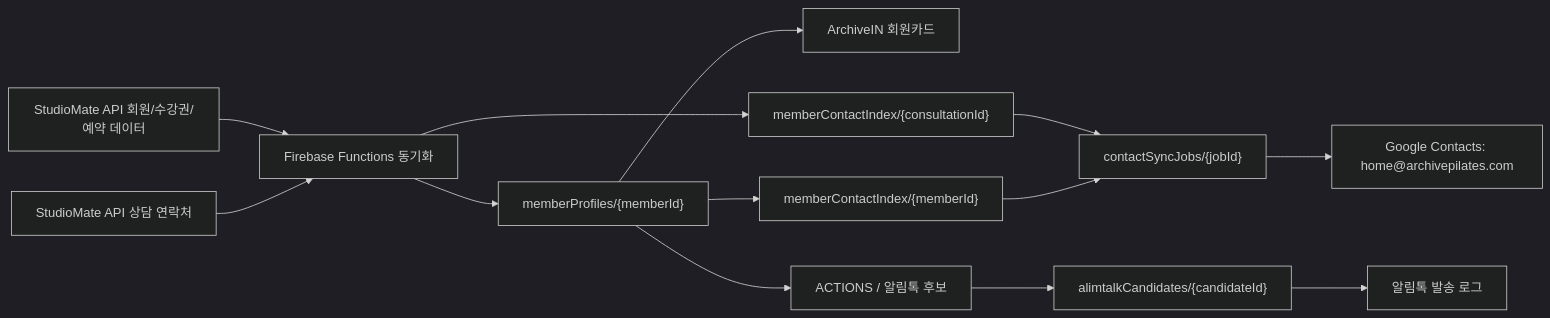
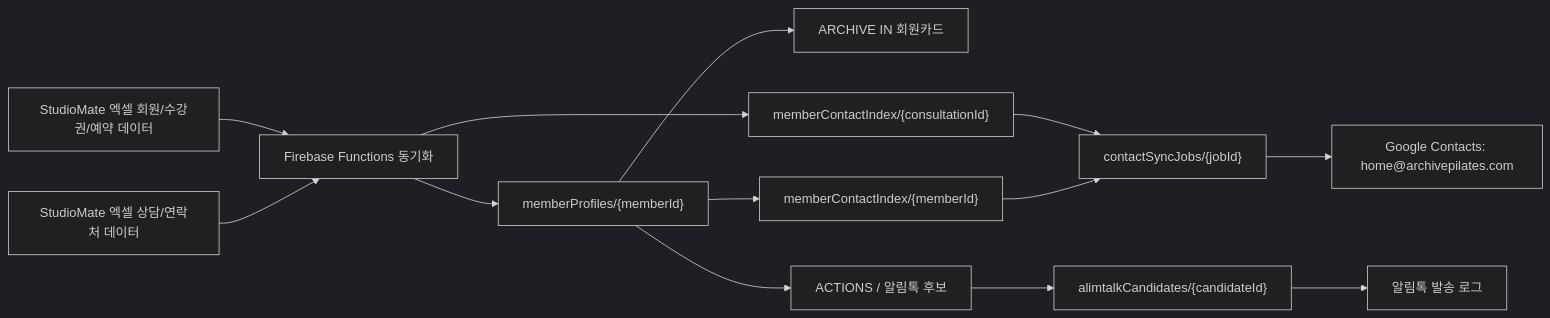
The diagram in docs/archivein-member-contact-alimtalk-pipeline.md (archivepilates/archive), drawn with Mermaid (dark theme) before and after one commit. The commit also changed other lines of this file and 6 other files, not shown here.

````diff
--- a/docs/archivein-member-contact-alimtalk-pipeline.md
+++ b/docs/archivein-member-contact-alimtalk-pipeline.md
@@ -19,15 +19,15 @@
 ```mermaid
 flowchart LR
-  A["StudioMate API 회원/수강권/예약 데이터"] --> B["Firebase Functions 동기화"]
-  A2["StudioMate API 상담 연락처"] --> B
+  A["StudioMate 엑셀 회원/수강권/예약 데이터"] --> B["Firebase Functions 동기화"]
+  A2["StudioMate 엑셀 상담/연락처 데이터"] --> B
   B --> C["memberProfiles/{memberId}"]
-  C --> D["ArchiveIN 회원카드"]
+  C --> D["ARCHIVE IN 회원카드"]
   C --> E["memberContactIndex/{memberId}"]
   B --> E2["memberContactIndex/{consultationId}"]
   E2 --> F
   E --> F["contactSyncJobs/{jobId}"]
   F --> G["Google Contacts: home@archivepilates.com"]
   C --> I["ACTIONS / 알림톡 후보"]
   I --> J["alimtalkCandidates/{candidateId}"]
   J --> K["알림톡 발송 로그"]
 ```
````
